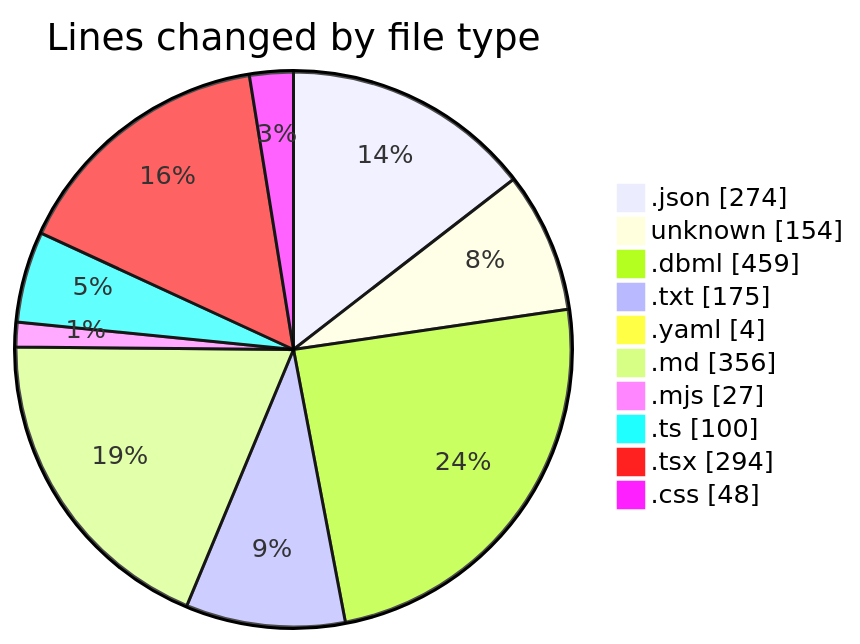
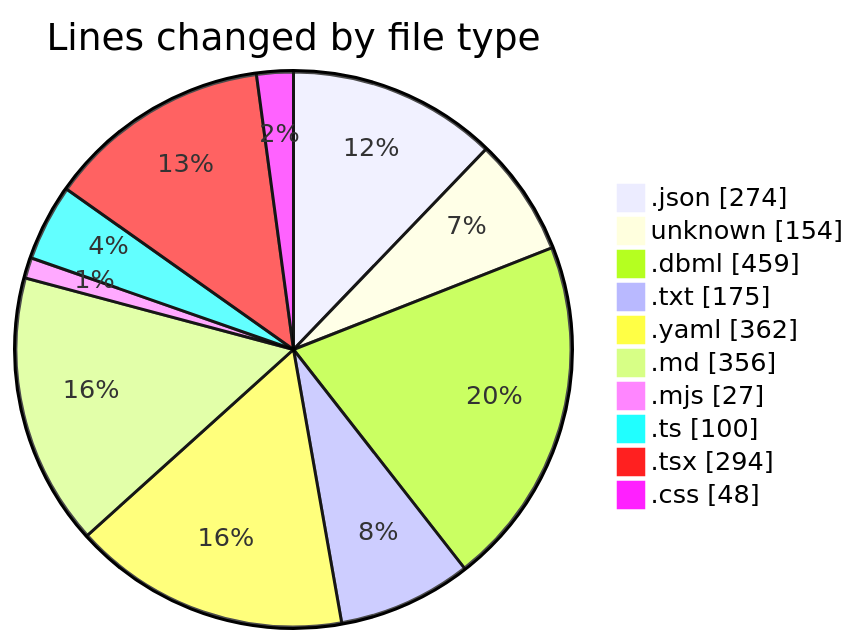
Before and after one commit to mevix1/code-tracking: the first of 2 diagrams in 2025-10-02/oura-api/README.md, drawn with Mermaid. The commit also changed other lines of this file and 1 other file, not shown here.

````diff
--- a/2025-10-02/oura-api/README.md
+++ b/2025-10-02/oura-api/README.md
@@ -47,14 +49,14 @@
 ```mermaid
 pie showData
 title Lines changed by file type
 ".json" : 274
 "unknown" : 154
 ".dbml" : 459
 ".txt" : 175
-".yaml" : 4
+".yaml" : 362
 ".md" : 356
 ".mjs" : 27
 ".ts" : 100
 ".tsx" : 294
 ".css" : 48
 ```
````
